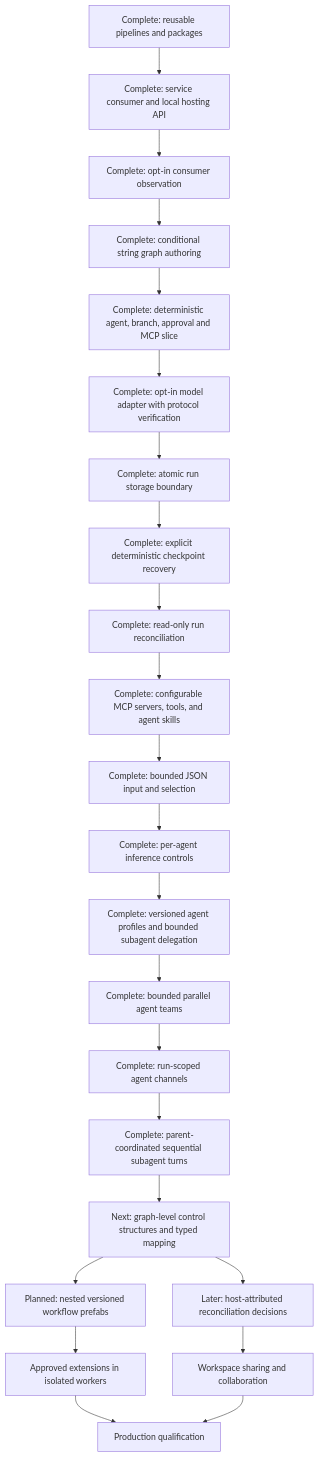
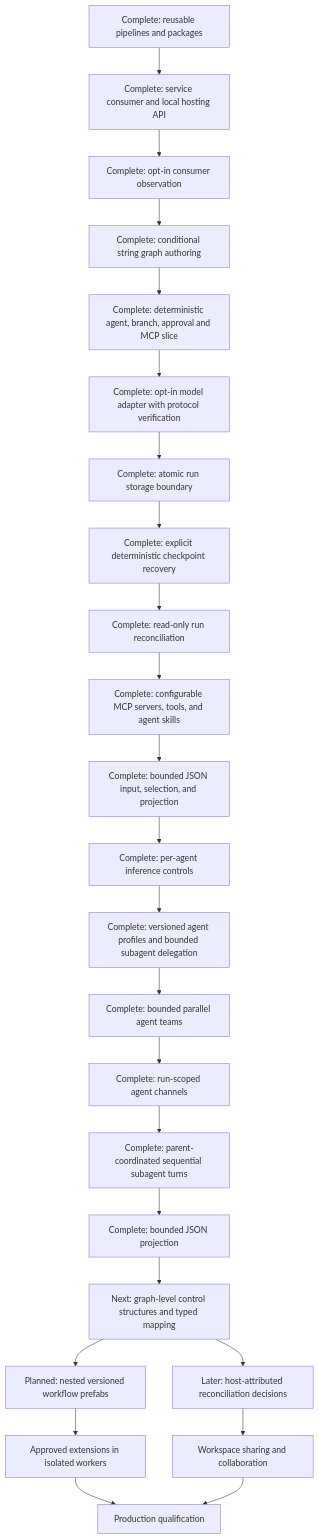
The diagram in docs/roadmap.md (gnalvesteffer/visual-agent-workflow), drawn with Mermaid before and after one commit. The commit also changed other lines of this file and 16 other files, not shown here.

Commit message:
Add bounded JSON projection node

````diff
--- a/docs/roadmap.md
+++ b/docs/roadmap.md
@@ -86,25 +86,26 @@
 ```mermaid
 flowchart TD
     Reuse["Complete: reusable pipelines and packages"] --> Hosting["Complete: service consumer and local hosting API"]
     Hosting --> Observe["Complete: opt-in consumer observation"]
     Observe --> Graph["Complete: conditional string graph authoring"]
     Graph --> Vertical["Complete: deterministic agent, branch, approval and MCP slice"]
     Vertical --> Models["Complete: opt-in model adapter with protocol verification"]
     Models --> Store["Complete: atomic run storage boundary"]
     Store --> Recovery["Complete: explicit deterministic checkpoint recovery"]
     Recovery --> Assess["Complete: read-only run reconciliation"]
     Assess --> Agents["Complete: configurable MCP servers, tools, and agent skills"]
-    Agents --> JsonData["Complete: bounded JSON input and selection"]
+    Agents --> JsonData["Complete: bounded JSON input, selection, and projection"]
     JsonData --> Controls["Complete: per-agent inference controls"]
     Controls --> Delegation["Complete: versioned agent profiles and bounded subagent delegation"]
     Delegation --> Teams["Complete: bounded parallel agent teams"]
     Teams --> Channels["Complete: run-scoped agent channels"]
     Channels --> DelegationRounds["Complete: parent-coordinated sequential subagent turns"]
-    DelegationRounds --> Orchestration["Next: graph-level control structures and typed mapping"]
+    DelegationRounds --> JsonProjection["Complete: bounded JSON projection"]
+    JsonProjection --> Orchestration["Next: graph-level control structures and typed mapping"]
     Orchestration --> Assets["Planned: nested versioned workflow prefabs"]
     Orchestration --> Durable["Later: host-attributed reconciliation decisions"]
     Assets --> Extensions["Approved extensions in isolated workers"]
     Durable --> Collaboration["Workspace sharing and collaboration"]
     Extensions --> Production["Production qualification"]
     Collaboration --> Production
 ```
````
